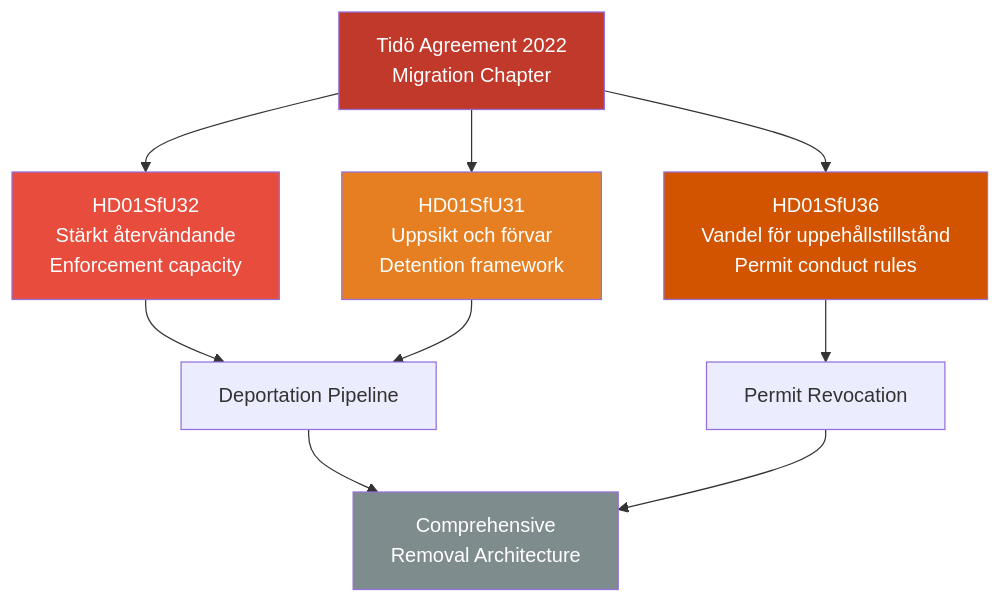
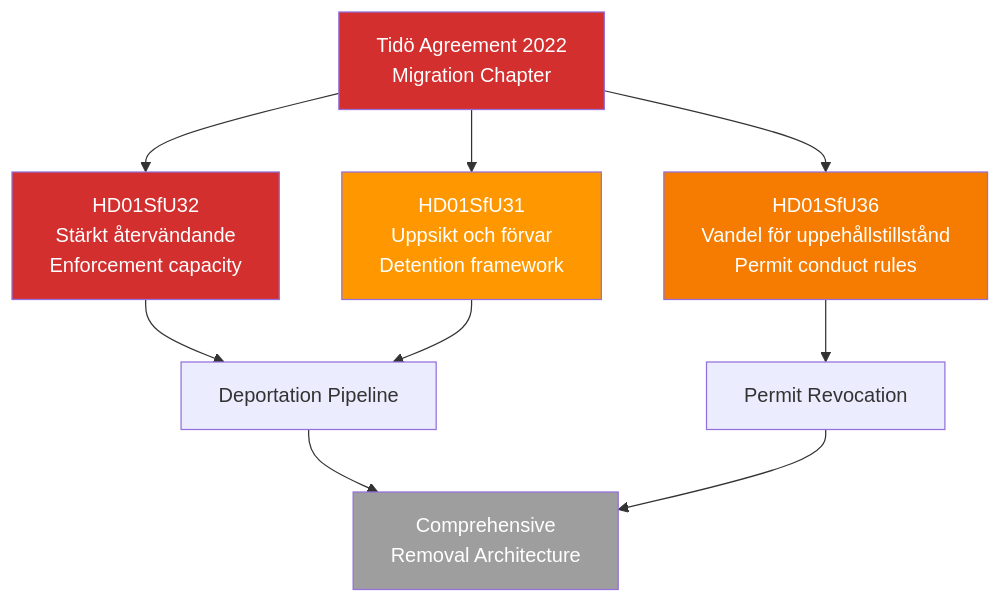
One commit to Hack23/riksdagsmonitor changed the diagram in analysis/daily/2026-04-17/committeeReports/documents/HD01SfU31-32-36-analysis.md. Above: the diagram before and after it, drawn with Mermaid. The commit also changed 785 other files, not shown here.

First line of the commit message:
Normalize mermaid colors across 786 analysis artifacts to ISMS Style Guide palette

````diff
--- a/analysis/daily/2026-04-17/committeeReports/documents/HD01SfU31-32-36-analysis.md
+++ b/analysis/daily/2026-04-17/committeeReports/documents/HD01SfU31-32-36-analysis.md
@@ -20,19 +20,19 @@
 ```mermaid
 graph TD
-    style TIDO fill:#c0392b,color:#fff
-    style SfU32 fill:#e74c3c,color:#fff
-    style SfU31 fill:#e67e22,color:#fff
-    style SfU36 fill:#d35400,color:#fff
-    style OUTCOME fill:#7f8c8d,color:#fff
+    style TIDO fill:#D32F2F,color:#FFFFFF
+    style SfU32 fill:#D32F2F,color:#FFFFFF
+    style SfU31 fill:#FF9800,color:#FFFFFF
+    style SfU36 fill:#F57C00,color:#FFFFFF
+    style OUTCOME fill:#9E9E9E,color:#FFFFFF
 
     TIDO[Tidö Agreement 2022<br/>Migration Chapter] --> SfU32
     TIDO --> SfU31
     TIDO --> SfU36
 
     SfU32[HD01SfU32<br/>Stärkt återvändande<br/>Enforcement capacity] --> DEPORT[Deportation Pipeline]
     SfU31[HD01SfU31<br/>Uppsikt och förvar<br/>Detention framework] --> DEPORT
     SfU36[HD01SfU36<br/>Vandel för uppehållstillstånd<br/>Permit conduct rules] --> REVOKE[Permit Revocation]
 
     DEPORT --> OUTCOME[Comprehensive<br/>Removal Architecture]
     REVOKE --> OUTCOME
 ```
````
